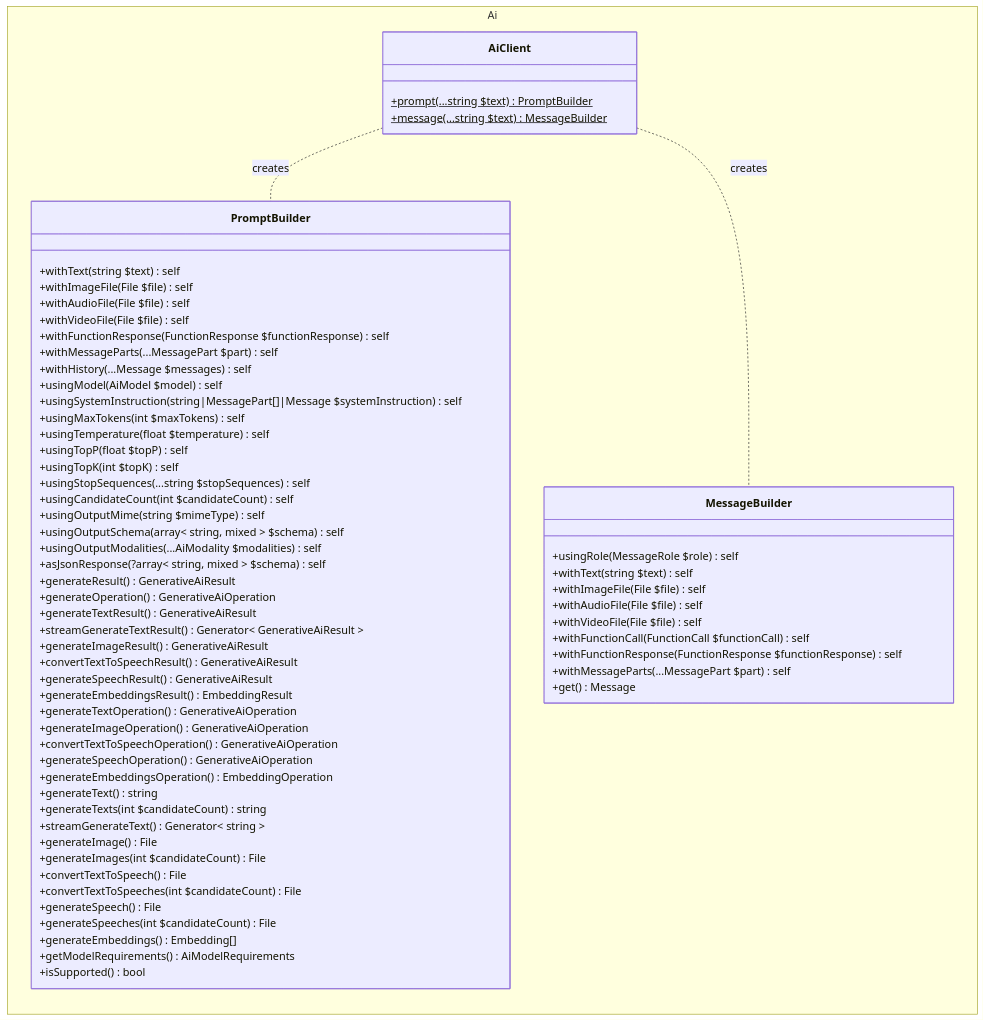
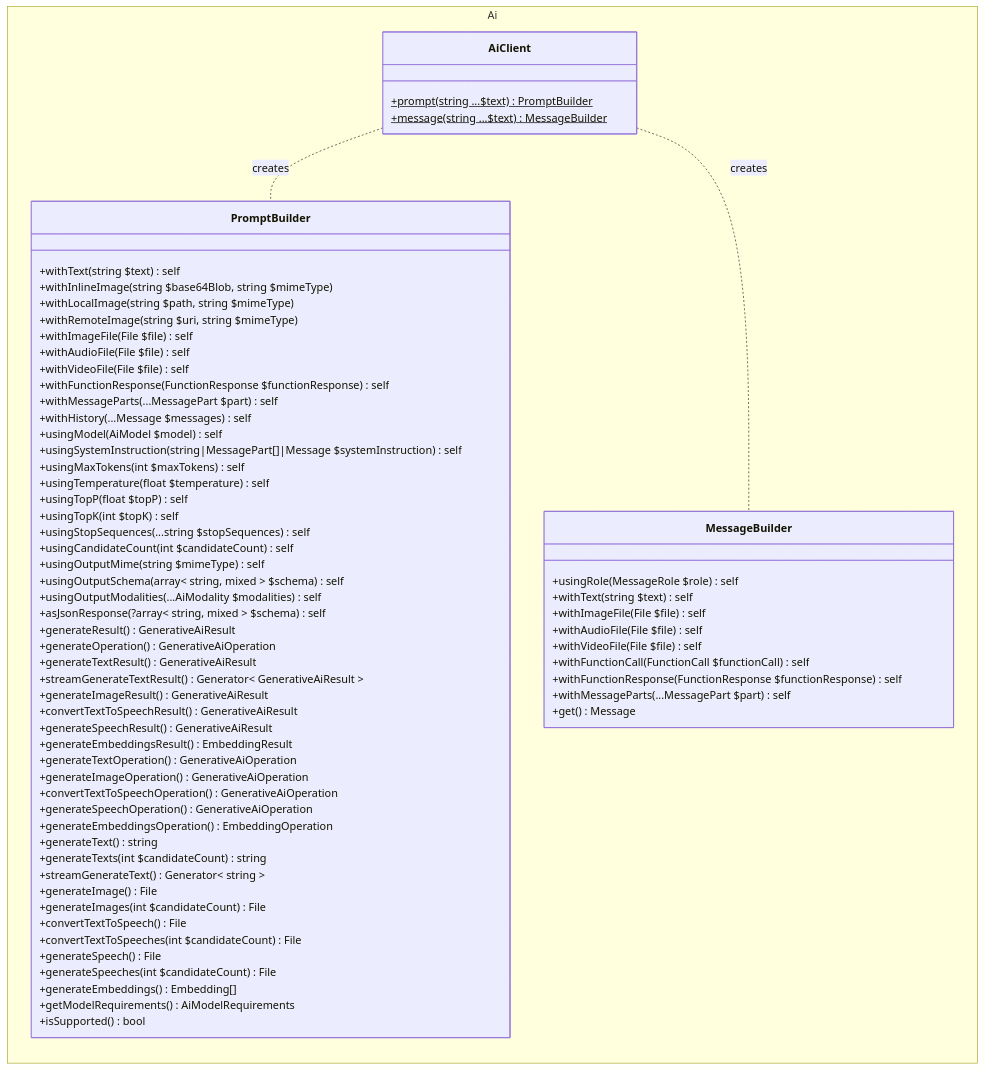
Before and after one commit to WordPress/php-ai-client: the first of 5 diagrams in docs/ARCHITECTURE.md, drawn with Mermaid. The commit also changed other lines of this file, not shown here.

Commit message:
Adding image convenience methods

````diff
--- a/docs/ARCHITECTURE.md
+++ b/docs/ARCHITECTURE.md
@@ -315,77 +315,80 @@
 ```mermaid
 ---
 config:
   class:
     hideEmptyMembersBox: true
 ---
 classDiagram
 direction LR
     namespace Ai {
         class AiClient {
-            +prompt(...string $text) PromptBuilder$
-            +message(...string $text) MessageBuilder$
+            +prompt(string ...$text) PromptBuilder$
+            +message(string ...$text) MessageBuilder$
         }
 
         class PromptBuilder {
             +withText(string $text) self
+            +withInlineImage(string $base64Blob, string $mimeType)
+            +withLocalImage(string $path, string $mimeType)
+            +withRemoteImage(string $uri, string $mimeType)
             +withImageFile(File $file) self
             +withAudioFile(File $file) self
             +withVideoFile(File $file) self
             +withFunctionResponse(FunctionResponse $functionResponse) self
             +withMessageParts(...MessagePart $part) self
             +withHistory(...Message $messages) self
             +usingModel(AiModel $model) self
             +usingSystemInstruction(string|MessagePart[]|Message $systemInstruction) self
             +usingMaxTokens(int $maxTokens) self
             +usingTemperature(float $temperature) self
             +usingTopP(float $topP) self
             +usingTopK(int $topK) self
             +usingStopSequences(...string $stopSequences) self
             +usingCandidateCount(int $candidateCount) self
             +usingOutputMime(string $mimeType) self
             +usingOutputSchema(array< string, mixed > $schema) self
             +usingOutputModalities(...AiModality $modalities) self
             +asJsonResponse(?array< string, mixed > $schema) self
             +generateResult() GenerativeAiResult
             +generateOperation() GenerativeAiOperation
             +generateTextResult() GenerativeAiResult
             +streamGenerateTextResult() Generator< GenerativeAiResult >
             +generateImageResult() GenerativeAiResult
             +convertTextToSpeechResult() GenerativeAiResult
             +generateSpeechResult() GenerativeAiResult
             +generateEmbeddingsResult() EmbeddingResult
             +generateTextOperation() GenerativeAiOperation
             +generateImageOperation() GenerativeAiOperation
             +convertTextToSpeechOperation() GenerativeAiOperation
             +generateSpeechOperation() GenerativeAiOperation
             +generateEmbeddingsOperation() EmbeddingOperation
             +generateText() string
             +generateTexts(int $candidateCount) string
             +streamGenerateText() Generator< string >
             +generateImage() File
             +generateImages(int $candidateCount) File
             +convertTextToSpeech() File
             +convertTextToSpeeches(int $candidateCount) File
             +generateSpeech() File
             +generateSpeeches(int $candidateCount) File
             +generateEmbeddings() Embedding[]
             +getModelRequirements() AiModelRequirements
             +isSupported() bool
         }
 
         class MessageBuilder {
             +usingRole(MessageRole $role) self
             +withText(string $text) self
             +withImageFile(File $file) self
             +withAudioFile(File $file) self
             +withVideoFile(File $file) self
             +withFunctionCall(FunctionCall $functionCall) self
             +withFunctionResponse(FunctionResponse $functionResponse) self
             +withMessageParts(...MessagePart $part) self
             +get() Message
         }
     }
 
     AiClient .. PromptBuilder : creates
     AiClient .. MessageBuilder : creates
 ```
````
